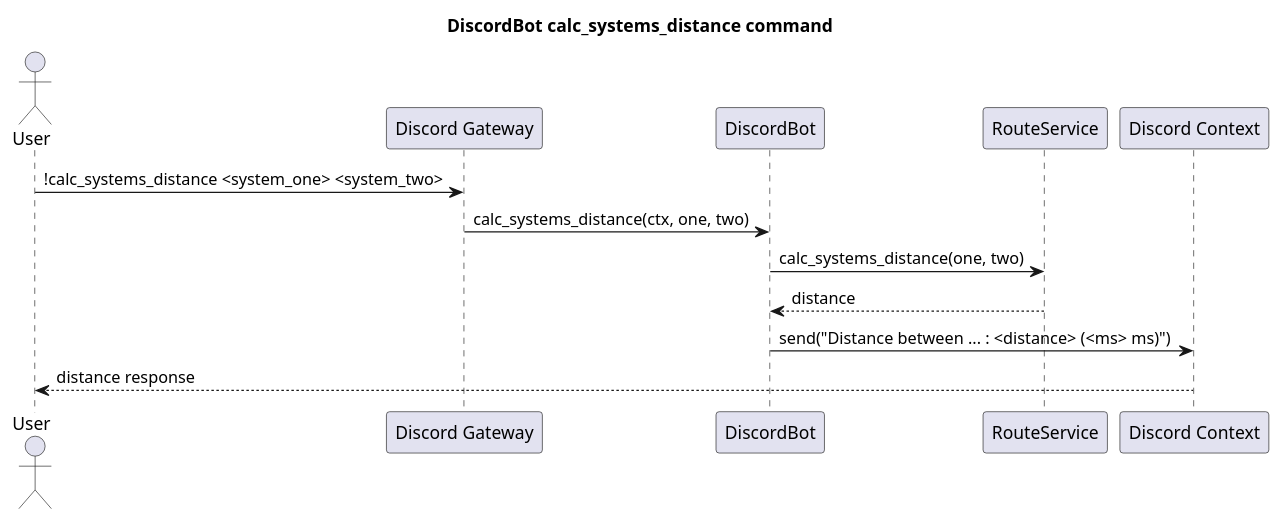
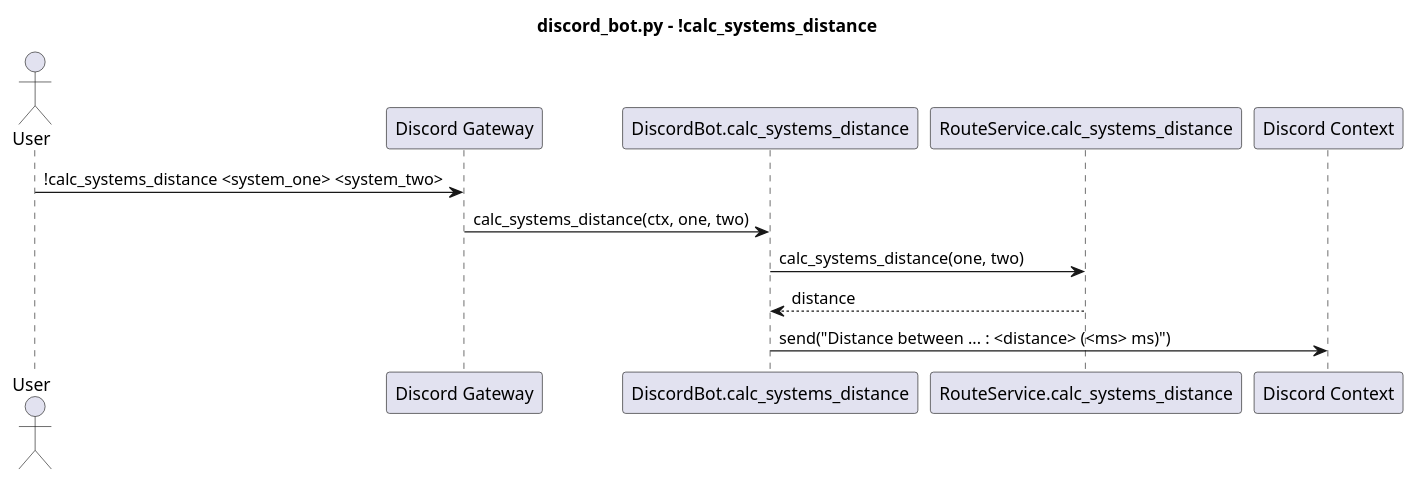
Before and after one commit to fazleskhan/elite_dangerous_discord_tools: the fourth of 7 diagrams in docs/discord_bot_sequences.puml, drawn with PlantUML. The commit also changed other lines of this file and 23 other files, not shown here.

Commit message:
updated README.md and diagrams

```diff
--- a/docs/discord_bot_sequences.puml
+++ b/docs/discord_bot_sequences.puml
@@ -70,15 +67,15 @@
 @startuml discord_bot_calc_systems_distance
-title DiscordBot calc_systems_distance command
+title discord_bot.py - !calc_systems_distance
+
 actor User
-participant "Discord Gateway" as Discord
-participant "DiscordBot" as Bot
-participant "RouteService" as Route
+participant "Discord Gateway" as Gateway
+participant "DiscordBot.calc_systems_distance" as Bot
+participant "RouteService.calc_systems_distance" as Route
 participant "Discord Context" as Ctx
 
-User -> Discord : !calc_systems_distance <system_one> <system_two>
-Discord -> Bot : calc_systems_distance(ctx, one, two)
+User -> Gateway : !calc_systems_distance <system_one> <system_two>
+Gateway -> Bot : calc_systems_distance(ctx, one, two)
 Bot -> Route : calc_systems_distance(one, two)
 Route --> Bot : distance
 Bot -> Ctx : send("Distance between ... : <distance> (<ms> ms)")
-Ctx --> User : distance response
 @enduml
```
